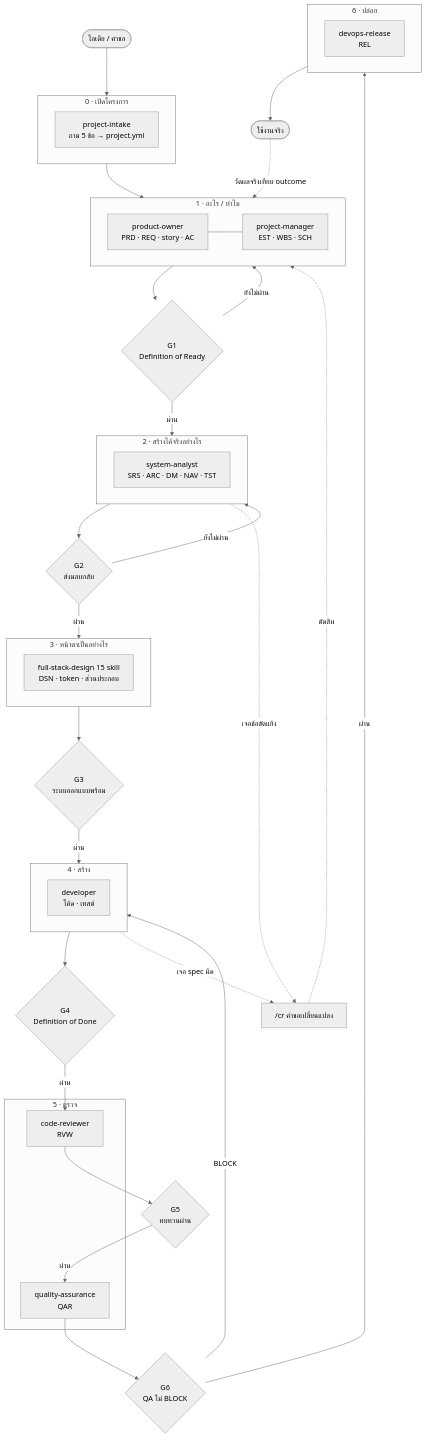
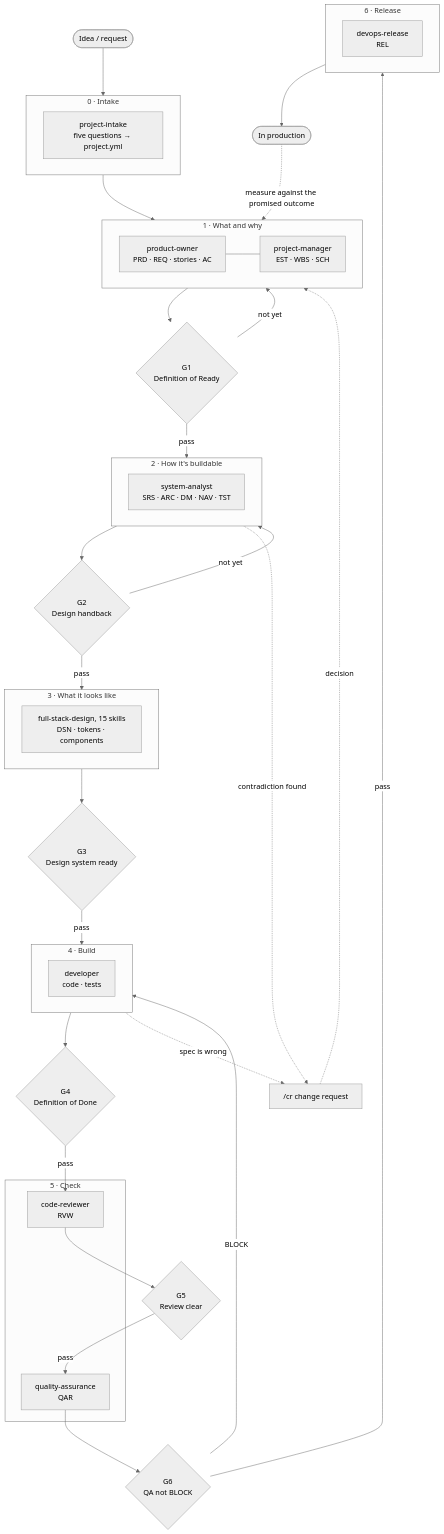
One commit to UMIN1703/agent-skill-wealth-planner-project changed the diagram in WORKFLOW.md. Above: the diagram before and after it, drawn with Mermaid (neutral theme). The commit also changed other lines of this file and 4 other files, not shown here.

````diff
--- a/WORKFLOW.md
+++ b/WORKFLOW.md
@@ -10,65 +10,65 @@
 ```mermaid
 flowchart TB
-    IDEA(["ไอเดีย / คำขอ"])
+    IDEA(["Idea / request"])
 
-    subgraph I["0 · เปิดโครงการ"]
-        I1["project-intake<br/>ถาม 5 ข้อ → project.yml"]
+    subgraph I["0 · Intake"]
+        I1["project-intake<br/>five questions → project.yml"]
     end
 
-    subgraph P["1 · อะไร / ทำไม"]
-        P1["product-owner<br/>PRD · REQ · story · AC"]
+    subgraph P["1 · What and why"]
+        P1["product-owner<br/>PRD · REQ · stories · AC"]
         P2["project-manager<br/>EST · WBS · SCH"]
         P1 --- P2
     end
 
     G1{"G1<br/>Definition of Ready"}
 
-    subgraph A["2 · สร้างได้จริงอย่างไร"]
+    subgraph A["2 · How it's buildable"]
         A1["system-analyst<br/>SRS · ARC · DM · NAV · TST"]
     end
 
-    G2{"G2<br/>ส่งมอบกลับ"}
+    G2{"G2<br/>Design handback"}
 
-    subgraph D["3 · หน้าตาเป็นอย่างไร"]
-        D1["full-stack-design 15 skill<br/>DSN · token · ส่วนประกอบ"]
+    subgraph D["3 · What it looks like"]
+        D1["full-stack-design, 15 skills<br/>DSN · tokens · components"]
     end
 
-    G3{"G3<br/>ระบบออกแบบพร้อม"}
+    G3{"G3<br/>Design system ready"}
 
-    subgraph B["4 · สร้าง"]
-        B1["developer<br/>โค้ด · เทสต์"]
+    subgraph B["4 · Build"]
+        B1["developer<br/>code · tests"]
     end
 
     G4{"G4<br/>Definition of Done"}
 
-    subgraph R["5 · ตรวจ"]
+    subgraph R["5 · Check"]
         R1["code-reviewer<br/>RVW"]
         R2["quality-assurance<br/>QAR"]
     end
 
-    G5{"G5<br/>ทบทวนผ่าน"}
-    G6{"G6<br/>QA ไม่ BLOCK"}
+    G5{"G5<br/>Review clear"}
+    G6{"G6<br/>QA not BLOCK"}
 
-    subgraph S["6 · ปล่อย"]
+    subgraph S["6 · Release"]
         S1["devops-release<br/>REL"]
     end
 
-    LIVE(["ใช้งานจริง"])
-    CR["/cr คำขอเปลี่ยนแปลง"]
+    LIVE(["In production"])
+    CR["/cr change request"]
 
     IDEA --> I --> P --> G1
-    G1 -->|ยังไม่ผ่าน| P
-    G1 -->|ผ่าน| A --> G2
-    G2 -->|ยังไม่ผ่าน| A
-    G2 -->|ผ่าน| D --> G3
-    G3 -->|ผ่าน| B --> G4
-    G4 -->|ผ่าน| R1 --> G5
-    G5 -->|ผ่าน| R2 --> G6
-    G6 -->|ผ่าน| S --> LIVE
+    G1 -->|not yet| P
+    G1 -->|pass| A --> G2
+    G2 -->|not yet| A
+    G2 -->|pass| D --> G3
+    G3 -->|pass| B --> G4
+    G4 -->|pass| R1 --> G5
+    G5 -->|pass| R2 --> G6
+    G6 -->|pass| S --> LIVE
     G6 -->|BLOCK| B
 
-    A -.->|เจอข้อขัดแย้ง| CR
-    B -.->|เจอ spec ผิด| CR
-    CR -.->|ตัดสิน| P
-    LIVE -.->|วัดผลจริงเทียบ outcome| P
+    A -.->|contradiction found| CR
+    B -.->|spec is wrong| CR
+    CR -.->|decision| P
+    LIVE -.->|measure against the promised outcome| P
 ```
````
